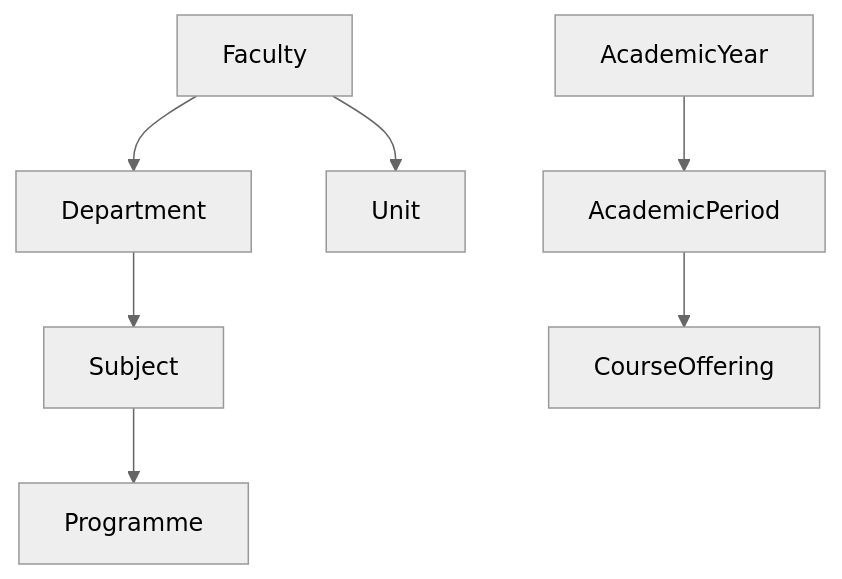
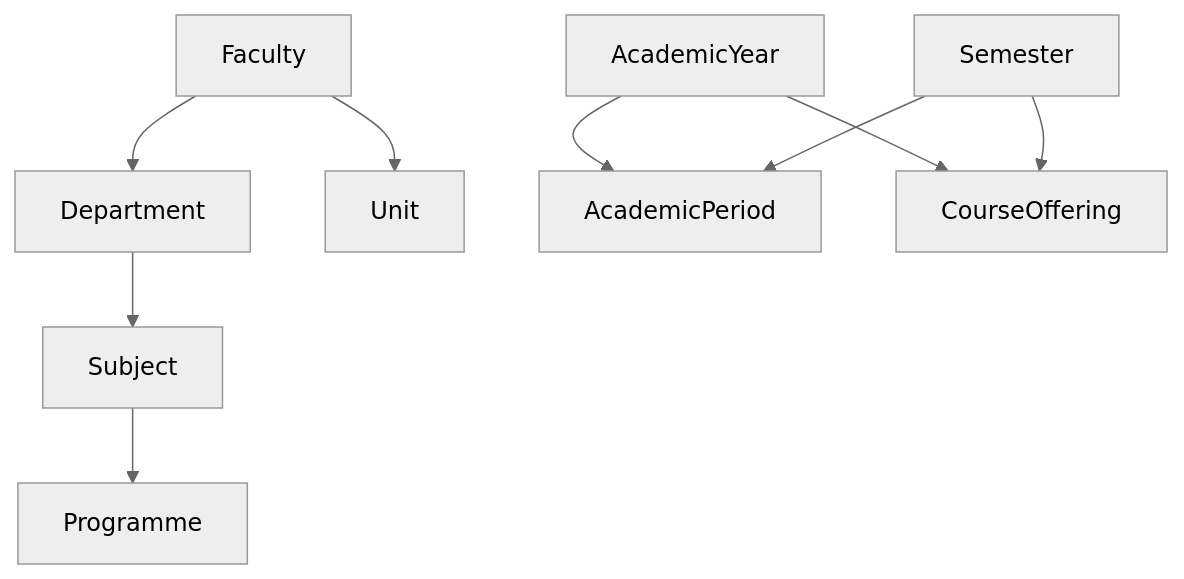
Before and after one commit to shamilaw-sci/CSC3213_20_Group_B: the diagram in docs/SCHEMA_REFERENCE/ACADEMICS.md, drawn with Mermaid (neutral theme). The commit also changed 6 other files, not shown here.

Commit message:
test(docs): harden schema reference guards

````diff
--- a/docs/SCHEMA_REFERENCE/ACADEMICS.md
+++ b/docs/SCHEMA_REFERENCE/ACADEMICS.md
@@ -12,9 +12,11 @@
 ```mermaid
 flowchart TD
   Faculty --> Department
   Faculty --> Unit
   Department --> Subject
   Subject --> Programme
   AcademicYear --> AcademicPeriod
-  AcademicPeriod --> CourseOffering
+  AcademicYear --> CourseOffering
+  Semester --> AcademicPeriod
+  Semester --> CourseOffering
 ```
````
